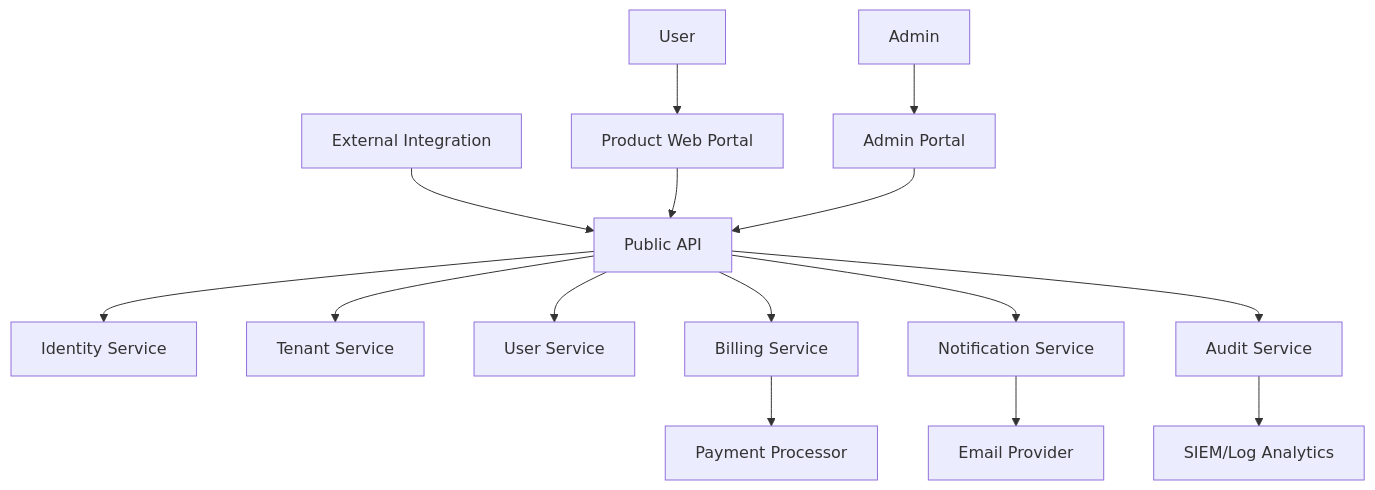
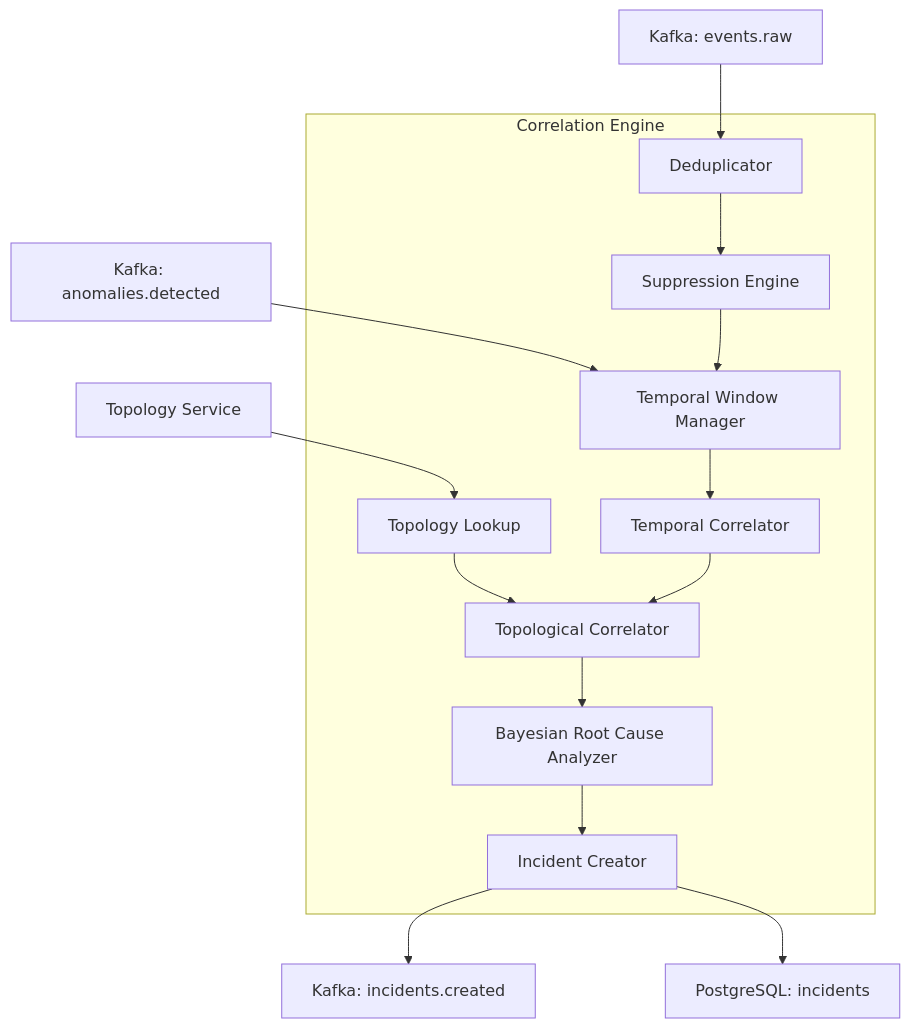
Before and after one commit to abiolaogu/ERP-AIOps: the fourth of 8 diagrams in docs/01-architecture/HLD.md, drawn with Mermaid. The commit also changed other lines of this file and 56 other files, not shown here.

````diff
--- a/docs/01-architecture/HLD.md
+++ b/docs/01-architecture/HLD.md
@@ -5,20 +181,26 @@
 ```mermaid
-flowchart TB
-  User[User] --> WebPortal[Product Web Portal]
-  Admin[Admin] --> AdminPortal[Admin Portal]
-  Integration[External Integration] --> API[Public API]
+graph TB
+    subgraph Correlation Engine
+        WINDOW[Temporal Window Manager]
+        TOPO_LOOKUP[Topology Lookup]
+        TEMPORAL[Temporal Correlator]
+        TOPOLOGICAL[Topological Correlator]
+        BAYESIAN[Bayesian Root Cause Analyzer]
+        DEDUP[Deduplicator]
+        SUPPRESS[Suppression Engine]
+        INCIDENT[Incident Creator]
+    end
 
-  WebPortal --> API
-  AdminPortal --> API
-
-  API --> IdentitySvc[Identity Service]
-  API --> TenantSvc[Tenant Service]
-  API --> UserSvc[User Service]
-  API --> BillingSvc[Billing Service]
-  API --> NotificationSvc[Notification Service]
-  API --> AuditSvc[Audit Service]
-
-  BillingSvc --> PaymentGateway[Payment Processor]
-  NotificationSvc --> EmailProvider[Email Provider]
-  AuditSvc --> SIEM[SIEM/Log Analytics]
+    KAFKA_A[Kafka: anomalies.detected] --> WINDOW
+    KAFKA_RAW2[Kafka: events.raw] --> DEDUP
+    DEDUP --> SUPPRESS
+    SUPPRESS --> WINDOW
+    WINDOW --> TEMPORAL
+    TOPO_SVC[Topology Service] --> TOPO_LOOKUP
+    TOPO_LOOKUP --> TOPOLOGICAL
+    TEMPORAL --> TOPOLOGICAL
+    TOPOLOGICAL --> BAYESIAN
+    BAYESIAN --> INCIDENT
+    INCIDENT --> KAFKA_I[Kafka: incidents.created]
+    INCIDENT --> PG_INC[PostgreSQL: incidents]
 ```
````
